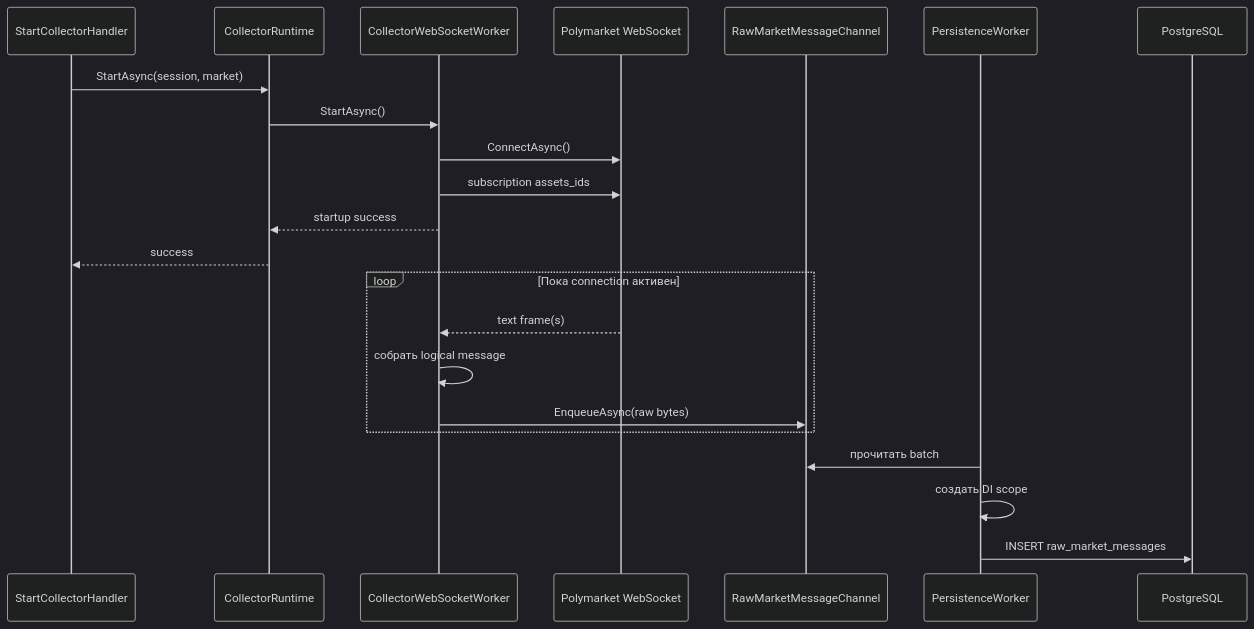
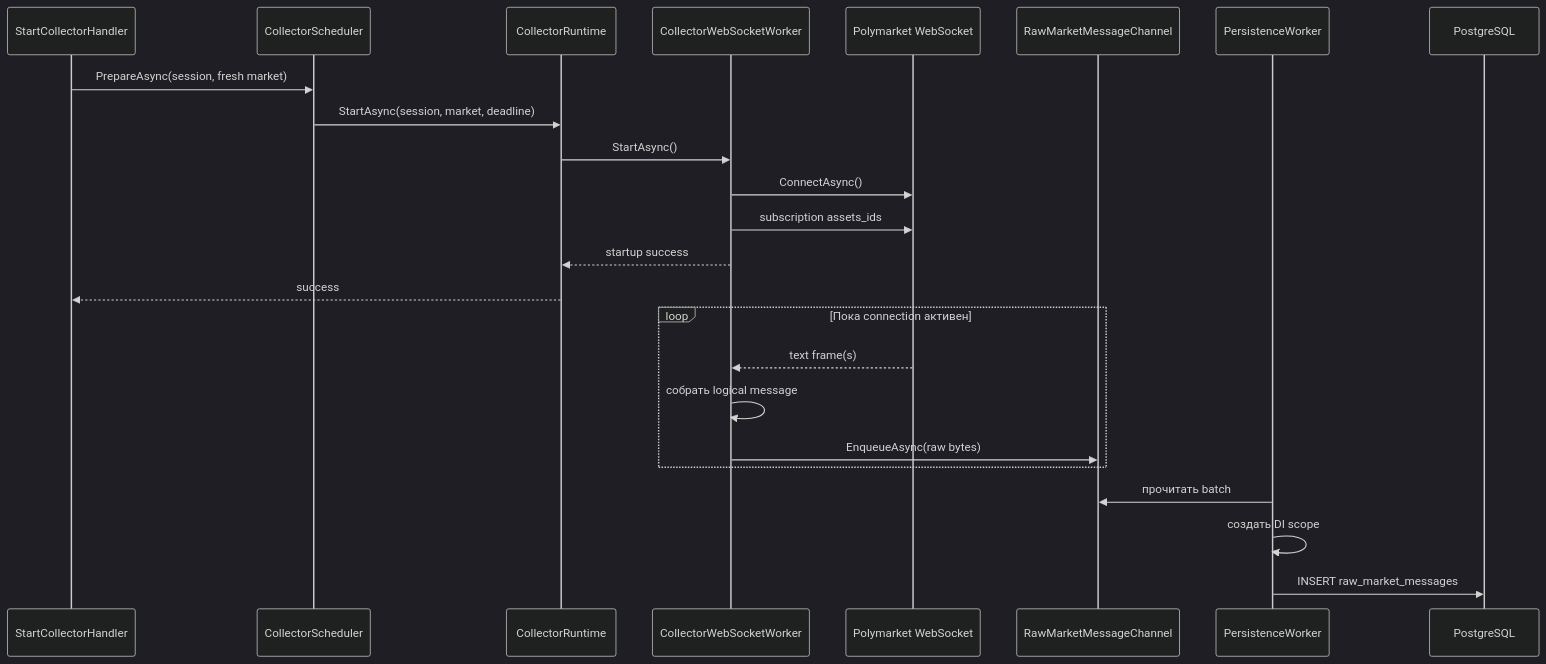
One commit to DmitriyEgorov1989/PolymarketLab changed the first of 6 diagrams in PolymarketLab.DataCollection.Infrastructure/Adapters/CollectorRuntime/README.md. Above: the diagram before and after it, drawn with Mermaid (dark theme). The commit also changed other lines of this file and 30 other files, not shown here.

````diff
--- a/PolymarketLab.DataCollection.Infrastructure/Adapters/CollectorRuntime/README.md
+++ b/PolymarketLab.DataCollection.Infrastructure/Adapters/CollectorRuntime/README.md
@@ -107,27 +108,29 @@
 ```mermaid
 sequenceDiagram
     participant App as StartCollectorHandler
+    participant Scheduler as CollectorScheduler
     participant Runtime as CollectorRuntime
     participant Worker as CollectorWebSocketWorker
     participant WS as Polymarket WebSocket
     participant Sink as RawMarketMessageChannel
     participant Consumer as PersistenceWorker
     participant DB as PostgreSQL
 
-    App->>Runtime: StartAsync(session, market)
+    App->>Scheduler: PrepareAsync(session, fresh market)
+    Scheduler->>Runtime: StartAsync(session, market, deadline)
     Runtime->>Worker: StartAsync()
     Worker->>WS: ConnectAsync()
     Worker->>WS: subscription assets_ids
     Worker-->>Runtime: startup success
     Runtime-->>App: success
 
     loop Пока connection активен
         WS-->>Worker: text frame(s)
         Worker->>Worker: собрать logical message
         Worker->>Sink: EnqueueAsync(raw bytes)
     end
 
     Consumer->>Sink: прочитать batch
     Consumer->>Consumer: создать DI scope
     Consumer->>DB: INSERT raw_market_messages
 ```
````
